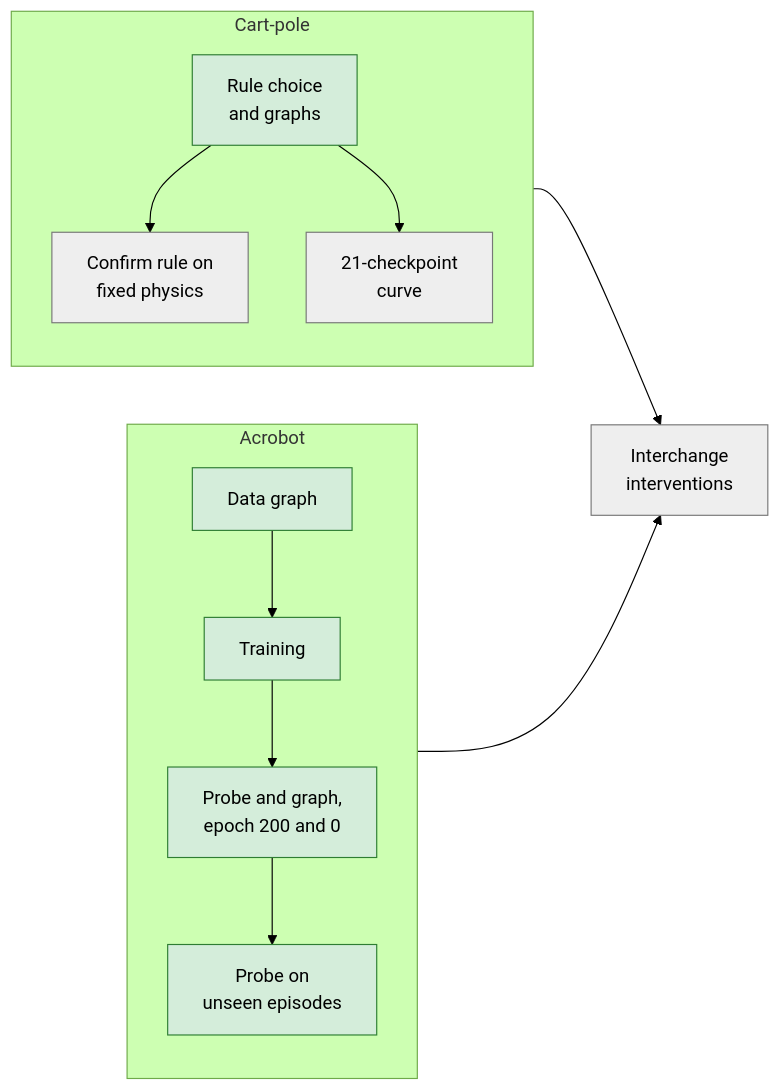
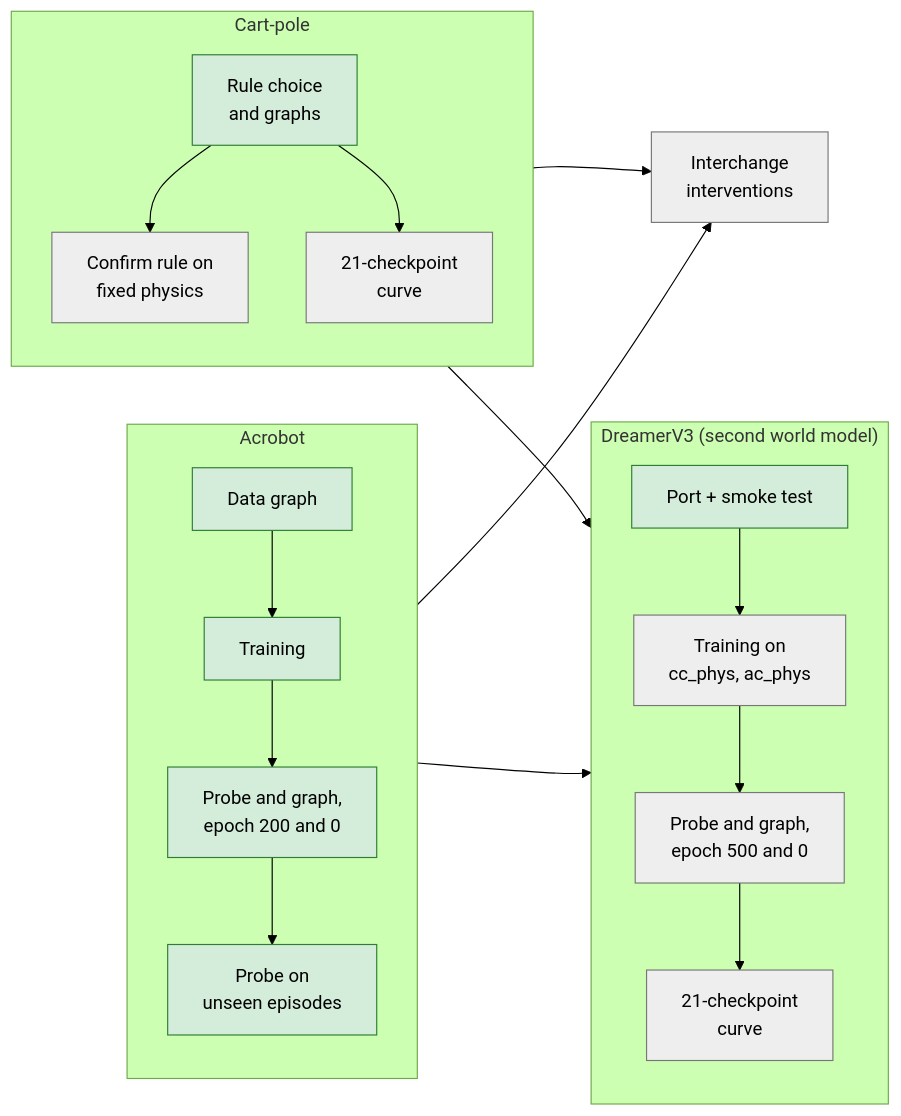
One commit to Siddharththakur3617/Casual_audit changed the tenth of 10 diagrams in BTP_REPORT.md. Above: the diagram before and after it, drawn with Mermaid (forest theme). The commit also changed other lines of this file and 56 other files, not shown here.

````diff
--- a/BTP_REPORT.md
+++ b/BTP_REPORT.md
@@ -330,19 +330,26 @@
 ```mermaid
 flowchart LR
     subgraph CP["Cart-pole"]
         C1["Rule choice<br/>and graphs"] --> C2["Confirm rule on<br/>fixed physics"]
         C1 --> C3["21-checkpoint<br/>curve"]
     end
     subgraph AC["Acrobot"]
         A1["Data graph"] --> A2["Training"]
         A2 --> A3["Probe and graph,<br/>epoch 200 and 0"]
         A3 --> A5["Probe on<br/>unseen episodes"]
     end
+    subgraph DR["DreamerV3 (second world model)"]
+        D1["Port + smoke test"] --> D2["Training on<br/>cc_phys, ac_phys"]
+        D2 --> D3["Probe and graph,<br/>epoch 500 and 0"]
+        D3 --> D4["21-checkpoint<br/>curve"]
+    end
     CP --> X["Interchange<br/>interventions"]
     AC --> X
+    CP --> DR
+    AC --> DR
     classDef done fill:#d4edda,stroke:#2e7d32,color:#000
     classDef running fill:#fff3cd,stroke:#b8860b,color:#000
     classDef todo fill:#eeeeee,stroke:#777,color:#000
-    class C1,A1,A2,A3,A5 done
-    class C2,C3,X todo
+    class C1,A1,A2,A3,A5,D1 done
+    class C2,C3,X,D2,D3,D4 todo
 ```
````
